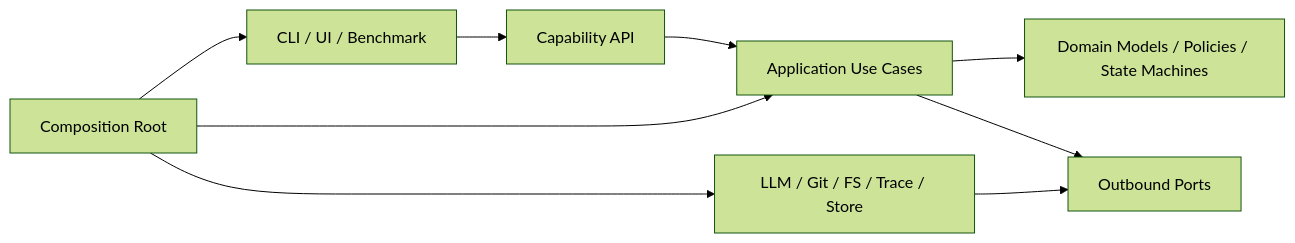
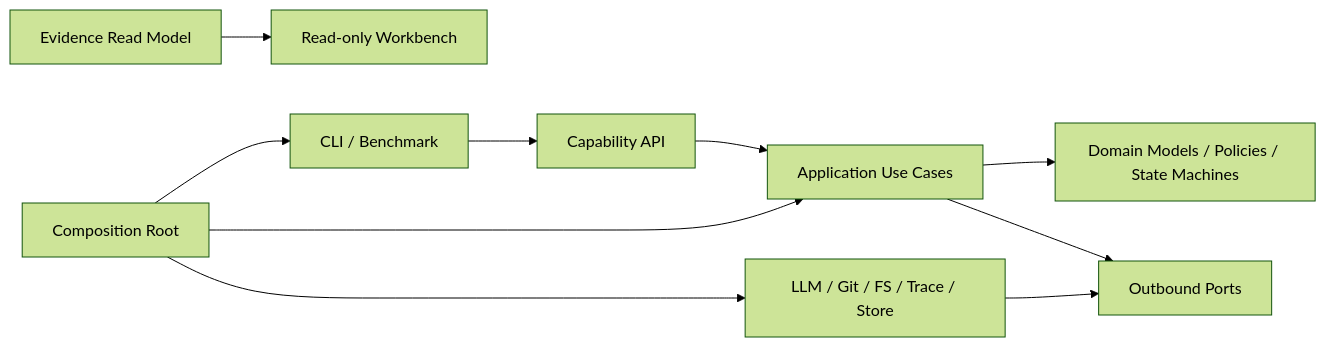
One commit to semi-hollow/NanoHarness changed the first of 2 diagrams in docs/ARCHITECTURE.md. Above: the diagram before and after it, drawn with Mermaid (forest theme). The commit also changed other lines of this file and 58 other files, not shown here.

````diff
--- a/docs/ARCHITECTURE.md
+++ b/docs/ARCHITECTURE.md
@@ -61,11 +162,12 @@
 ```mermaid
 flowchart LR
-    Entry["CLI / UI / Benchmark"] --> API["Capability API"]
+    Entry["CLI / Benchmark"] --> API["Capability API"]
     API --> App["Application Use Cases"]
     App --> Domain["Domain Models / Policies / State Machines"]
     App --> Ports["Outbound Ports"]
     Adapters["LLM / Git / FS / Trace / Store"] --> Ports
     Wiring["Composition Root"] --> Entry
     Wiring --> App
     Wiring --> Adapters
+    Evidence["Evidence Read Model"] --> Workbench["Read-only Workbench"]
 ```
````
